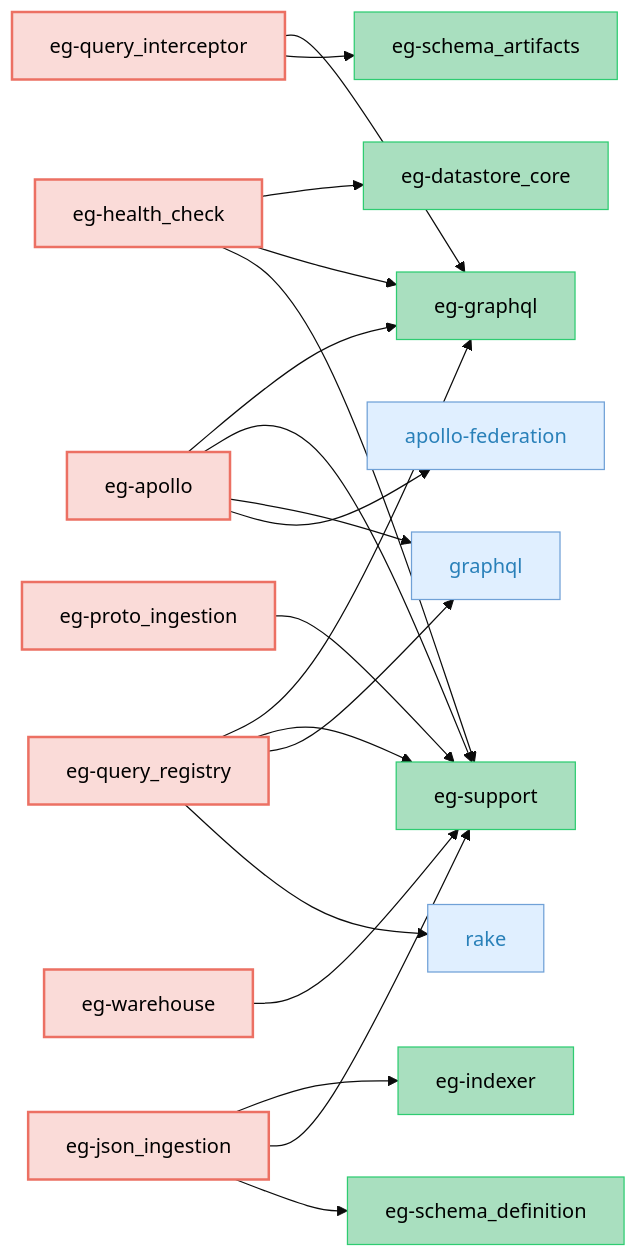
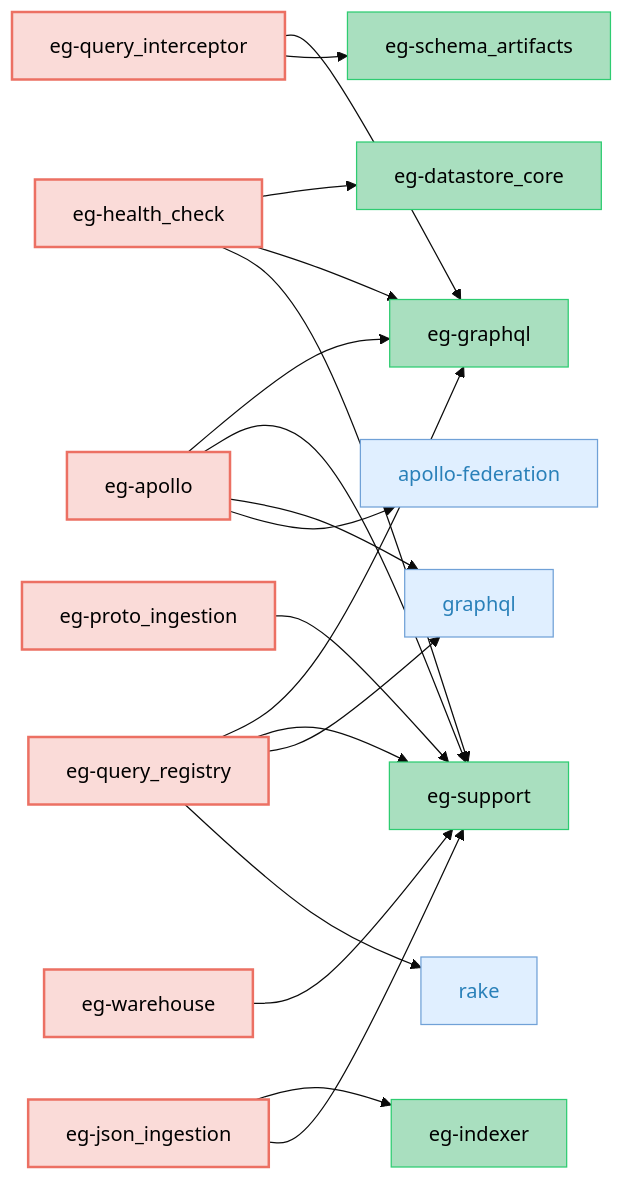
One commit to block/elasticgraph changed the fourth of 5 diagrams in CODEBASE_OVERVIEW.md. Above: the diagram before and after it, drawn with Mermaid (base theme). The commit also changed 5 other files, not shown here.

First line of the commit message:
Remove hard json_ingestion -> schema_definition dependency.

````diff
--- a/CODEBASE_OVERVIEW.md
+++ b/CODEBASE_OVERVIEW.md
@@ -209,59 +209,56 @@
 ```mermaid
 graph LR;
     classDef targetGemStyle fill:#FADBD8,stroke:#EC7063,color:#000,stroke-width:2px;
     classDef otherEgGemStyle fill:#A9DFBF,stroke:#2ECC71,color:#000;
     classDef externalGemCatStyle fill:#E0EFFF,stroke:#70A1D7,color:#2980B9;
     elasticgraph-apollo["eg-apollo"];
     elasticgraph-graphql["eg-graphql"];
     elasticgraph-support["eg-support"];
     graphql["graphql"];
     apollo-federation["apollo-federation"];
     elasticgraph-health_check["eg-health_check"];
     elasticgraph-datastore_core["eg-datastore_core"];
     elasticgraph-json_ingestion["eg-json_ingestion"];
     elasticgraph-indexer["eg-indexer"];
-    elasticgraph-schema_definition["eg-schema_definition"];
     elasticgraph-proto_ingestion["eg-proto_ingestion"];
     elasticgraph-query_interceptor["eg-query_interceptor"];
     elasticgraph-schema_artifacts["eg-schema_artifacts"];
     elasticgraph-query_registry["eg-query_registry"];
     rake["rake"];
     elasticgraph-warehouse["eg-warehouse"];
     elasticgraph-apollo --> elasticgraph-graphql;
     elasticgraph-apollo --> elasticgraph-support;
     elasticgraph-apollo --> graphql;
     elasticgraph-apollo --> apollo-federation;
     elasticgraph-health_check --> elasticgraph-datastore_core;
     elasticgraph-health_check --> elasticgraph-graphql;
     elasticgraph-health_check --> elasticgraph-support;
     elasticgraph-json_ingestion --> elasticgraph-indexer;
     elasticgraph-json_ingestion --> elasticgraph-support;
-    elasticgraph-json_ingestion --> elasticgraph-schema_definition;
     elasticgraph-proto_ingestion --> elasticgraph-support;
     elasticgraph-query_interceptor --> elasticgraph-graphql;
     elasticgraph-query_interceptor --> elasticgraph-schema_artifacts;
     elasticgraph-query_registry --> elasticgraph-graphql;
     elasticgraph-query_registry --> elasticgraph-support;
     elasticgraph-query_registry --> graphql;
     elasticgraph-query_registry --> rake;
     elasticgraph-warehouse --> elasticgraph-support;
     class elasticgraph-apollo targetGemStyle;
     class elasticgraph-graphql otherEgGemStyle;
     class elasticgraph-support otherEgGemStyle;
     class graphql externalGemCatStyle;
     class apollo-federation externalGemCatStyle;
     class elasticgraph-health_check targetGemStyle;
     class elasticgraph-datastore_core otherEgGemStyle;
     class elasticgraph-json_ingestion targetGemStyle;
     class elasticgraph-indexer otherEgGemStyle;
-    class elasticgraph-schema_definition otherEgGemStyle;
     class elasticgraph-proto_ingestion targetGemStyle;
     class elasticgraph-query_interceptor targetGemStyle;
     class elasticgraph-schema_artifacts otherEgGemStyle;
     class elasticgraph-query_registry targetGemStyle;
     class rake externalGemCatStyle;
     class elasticgraph-warehouse targetGemStyle;
     click graphql href "https://rubygems.org/gems/graphql" "Open on RubyGems.org" _blank;
     click apollo-federation href "https://rubygems.org/gems/apollo-federation" "Open on RubyGems.org" _blank;
     click rake href "https://rubygems.org/gems/rake" "Open on RubyGems.org" _blank;
 ```
````
